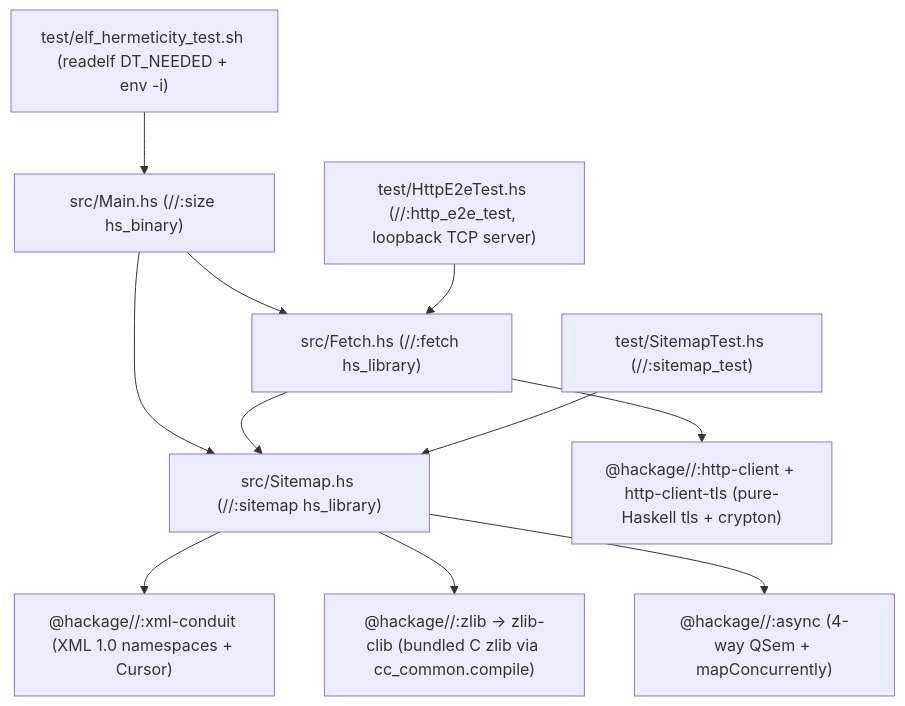
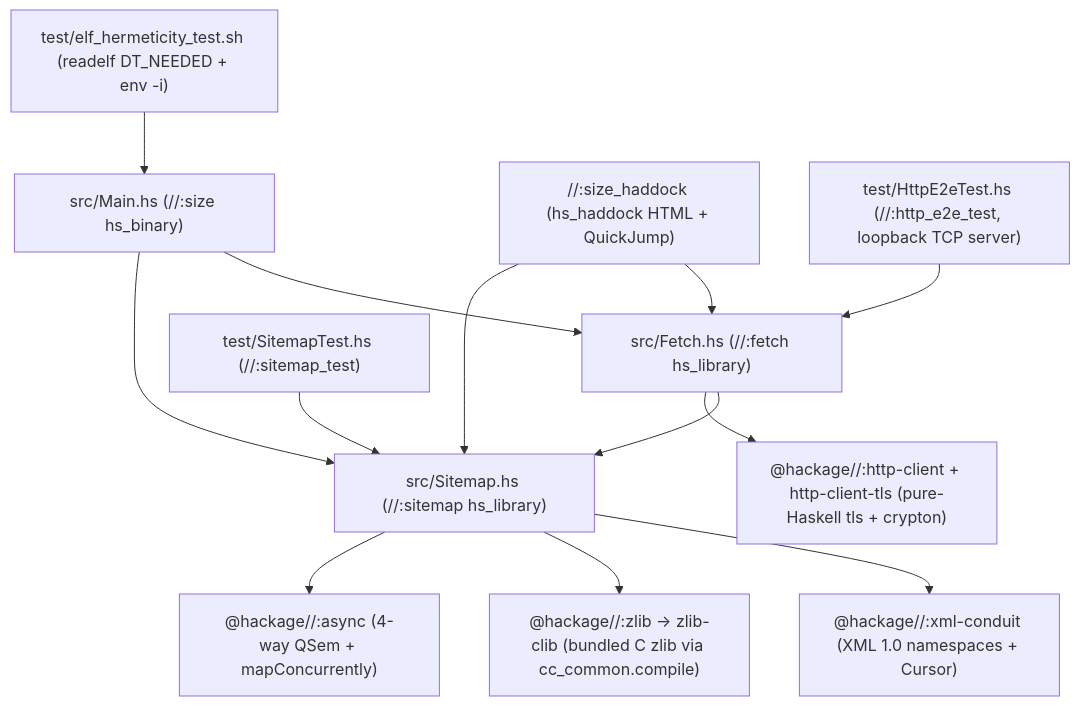
The diagram in docs/content/guide/showcase-size.md (kaycebasques/hs), drawn with Mermaid before and after one commit. The commit also changed other lines of this file and 10 other files, not shown here.

````diff
--- a/docs/content/guide/showcase-size.md
+++ b/docs/content/guide/showcase-size.md
@@ -15,13 +15,15 @@
 ```mermaid
 flowchart TD
     CLI["src/Main.hs (//:size hs_binary)"] --> FETCH["src/Fetch.hs (//:fetch hs_library)"]
     CLI --> SM["src/Sitemap.hs (//:sitemap hs_library)"]
     FETCH --> SM
     FETCH --> HTTP["@hackage//:http-client + http-client-tls (pure-Haskell tls + crypton)"]
     SM --> XML["@hackage//:xml-conduit (XML 1.0 namespaces + Cursor)"]
     SM --> ZLIB["@hackage//:zlib -> zlib-clib (bundled C zlib via cc_common.compile)"]
     SM --> ASYNC["@hackage//:async (4-way QSem + mapConcurrently)"]
+    DOC["//:size_haddock (hs_haddock HTML + QuickJump)"] --> FETCH
+    DOC --> SM
     TEST1["test/SitemapTest.hs (//:sitemap_test)"] --> SM
     TEST2["test/HttpE2eTest.hs (//:http_e2e_test, loopback TCP server)"] --> FETCH
     TEST3["test/elf_hermeticity_test.sh (readelf DT_NEEDED + env -i)"] --> CLI
 ```
````
